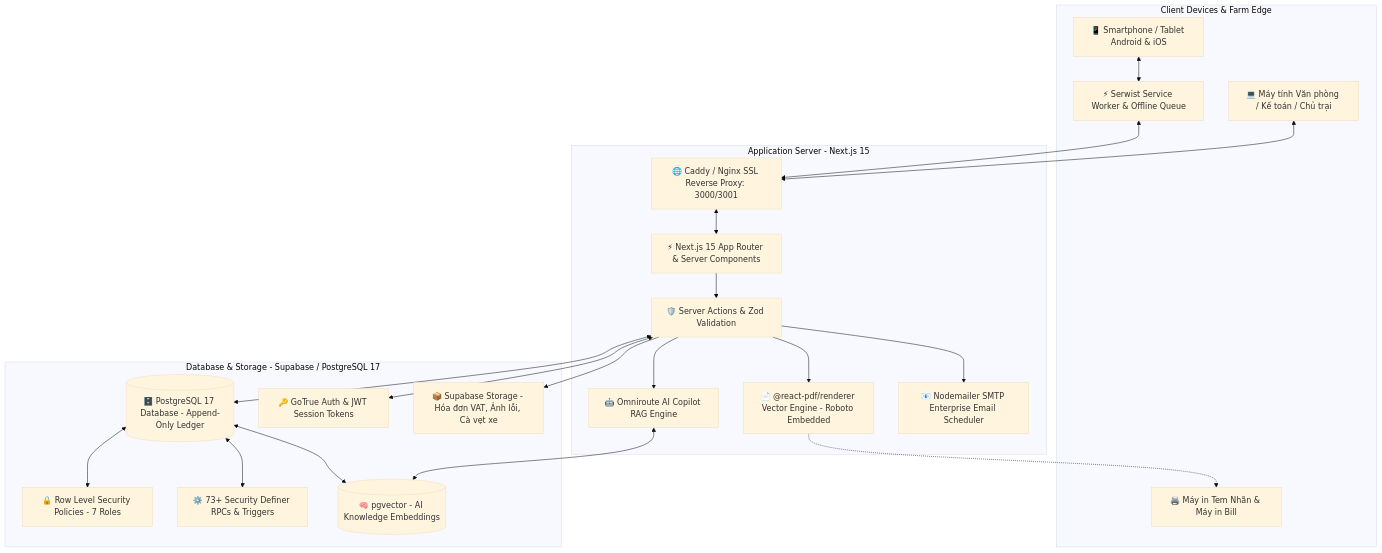
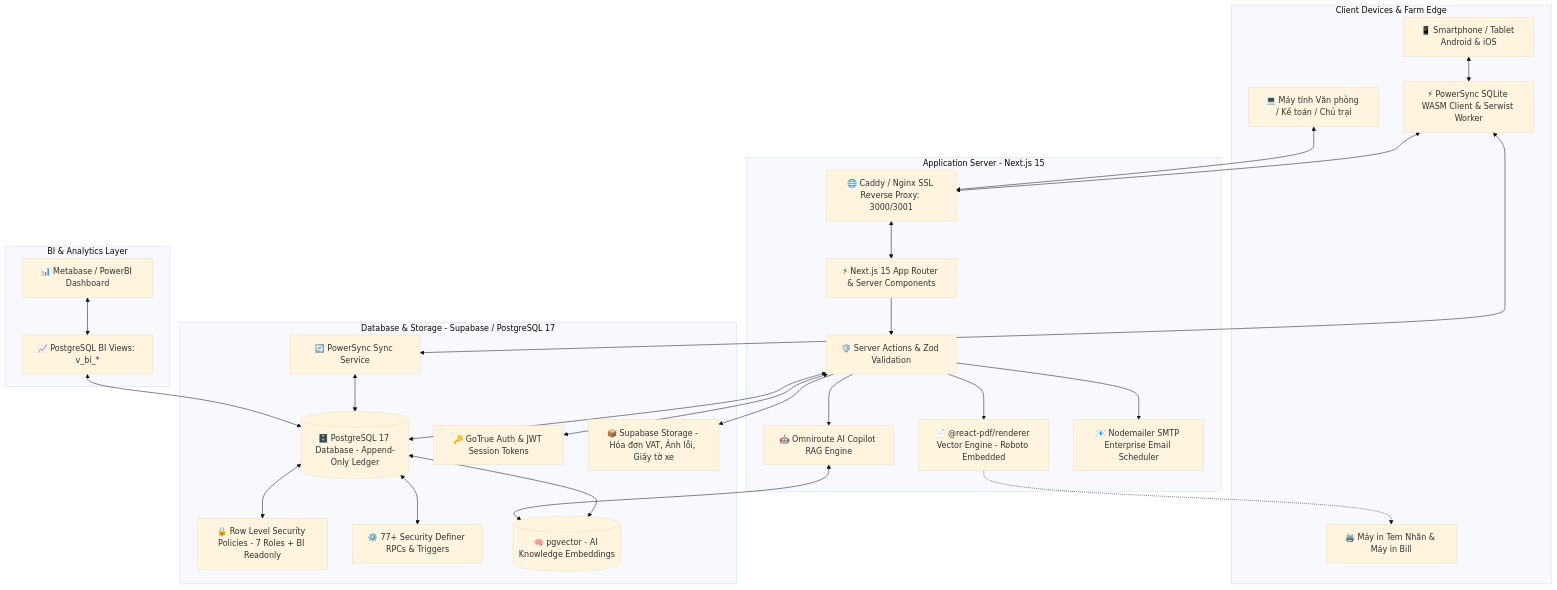
One commit to theiheu/minh-tan-phat-supply changed the diagram in docs/architecture/system-overview.md. Above: the diagram before and after it, drawn with Mermaid (base theme). The commit also changed other lines of this file and 38 other files, not shown here.

Commit message:
feat(fuel,powersync,docs): add whole-zone fuel dispensing, powersync offline sync, and sync comprehensive documentation

````diff
--- a/docs/architecture/system-overview.md
+++ b/docs/architecture/system-overview.md
@@ -13,44 +13,54 @@
 ```mermaid
 flowchart TD
     subgraph ClientLayer [Client Devices & Farm Edge]
         Mobile[📱 Smartphone / Tablet Android & iOS]
         Desktop[💻 Máy tính Văn phòng / Kế toán / Chủ trại]
         ThermalPrinter[🖨️ Máy in Tem Nhãn & Máy in Bill]
-        SW[⚡ Serwist Service Worker & Offline Queue]
+        PowerSyncClient[⚡ PowerSync SQLite WASM Client & Serwist Worker]
     end
 
     subgraph WebServer [Application Server - Next.js 15]
         ReverseProxy[🌐 Caddy / Nginx SSL Reverse Proxy: 3000/3001]
         AppRouter[⚡ Next.js 15 App Router & Server Components]
         ServerActions[🛡️ Server Actions & Zod Validation]
         PDFEngine[📄 @react-pdf/renderer Vector Engine - Roboto Embedded]
         AICopilot[🤖 Omniroute AI Copilot RAG Engine]
         MailService[📧 Nodemailer SMTP Enterprise Email Scheduler]
     end
 
+    subgraph BIAndAnalytics [BI & Analytics Layer]
+        Metabase[📊 Metabase / PowerBI Dashboard]
+        BIViews[📈 PostgreSQL BI Views: v_bi_*]
+    end
+
     subgraph DataLayer [Database & Storage - Supabase / PostgreSQL 17]
         Postgres[(🗄️ PostgreSQL 17 Database - Append-Only Ledger)]
-        RLS[🔒 Row Level Security Policies - 7 Roles]
-        RPCs[⚙️ 73+ Security Definer RPCs & Triggers]
+        RLS[🔒 Row Level Security Policies - 7 Roles + BI Readonly]
+        RPCs[⚙️ 77+ Security Definer RPCs & Triggers]
         GoTrue[🔑 GoTrue Auth & JWT Session Tokens]
-        Storage[📦 Supabase Storage - Hóa đơn VAT, Ảnh lỗi, Cà vẹt xe]
+        Storage[📦 Supabase Storage - Hóa đơn VAT, Ảnh lỗi, Giấy tờ xe]
         Vectors[(🧠 pgvector - AI Knowledge Embeddings)]
+        PowerSyncService[🔄 PowerSync Sync Service]
     end
 
-    Mobile <--> SW
-    SW <--> ReverseProxy
+    Mobile <--> PowerSyncClient
+    PowerSyncClient <--> ReverseProxy
+    PowerSyncClient <--> PowerSyncService
+    PowerSyncService <--> Postgres
     Desktop <--> ReverseProxy
     ReverseProxy <--> AppRouter
     AppRouter --> ServerActions
     ServerActions <--> GoTrue
     ServerActions <--> Postgres
     Postgres <--> RLS
     Postgres <--> RPCs
     Postgres <--> Vectors
     ServerActions --> Storage
     ServerActions --> PDFEngine
     ServerActions --> MailService
     ServerActions --> AICopilot
     AICopilot <--> Vectors
     PDFEngine -.-> ThermalPrinter
+    Metabase <--> BIViews
+    BIViews <--> Postgres
 ```
````
